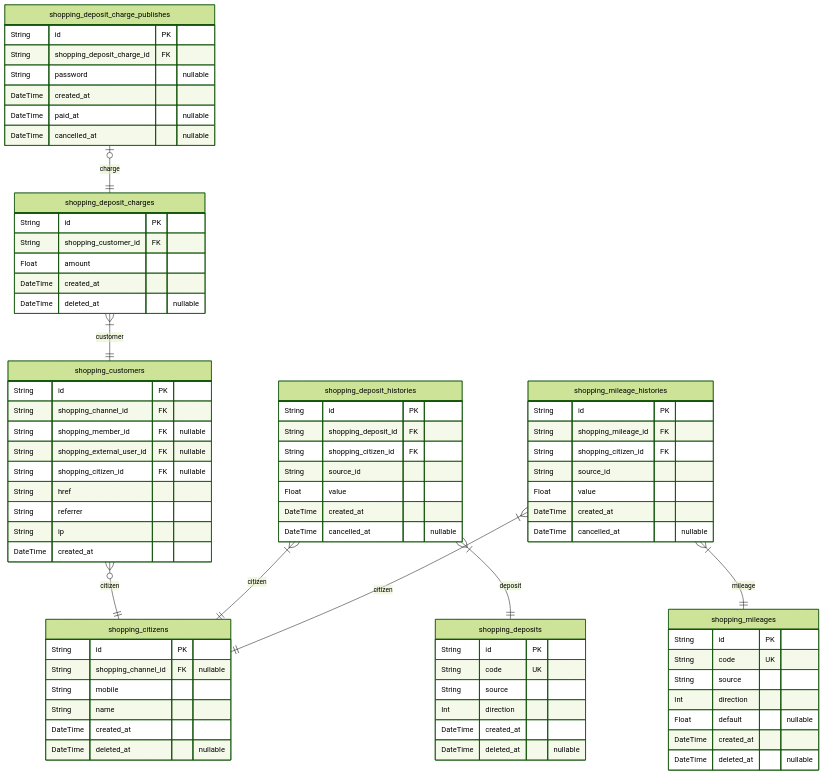
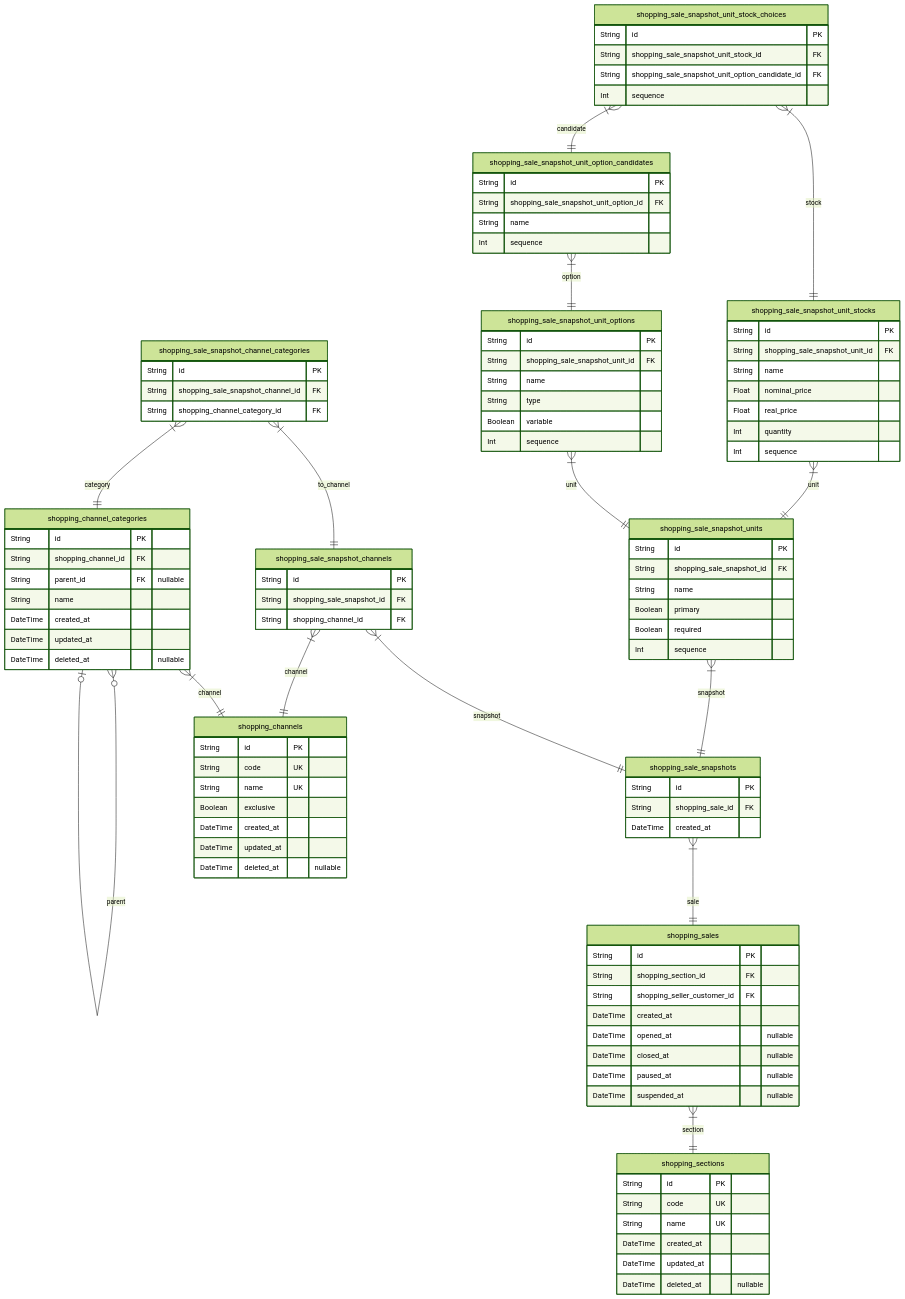
The fourth of 9 diagrams in ERD.md (samchon/prisma-markdown), drawn with Mermaid (forest theme) before and after one commit. The commit also changed 2 other files, not shown here.

Commit message:
New chapter sorting logic.
To sort exact chapter sequence, I've changed its construction logic. By chaning the construction sequence like below, I've succeeded to sort the chatpers as I've wanted, finally.

1. Top `@namespace` tag first
2. Remaining `@namespace` tags later
3. `@describe` tags are after those `@namespace` tags
4. `@erd` tags are the latest

````diff
--- a/ERD.md
+++ b/ERD.md
@@ -1407,79 +720,105 @@
 ```mermaid
 erDiagram
-"shopping_customers" {
+"shopping_sales" {
+    String id PK
+    String shopping_section_id FK
+    String shopping_seller_customer_id FK
+    DateTime created_at
+    DateTime opened_at "nullable"
+    DateTime closed_at "nullable"
+    DateTime paused_at "nullable"
+    DateTime suspended_at "nullable"
+}
+"shopping_sale_snapshots" {
+    String id PK
+    String shopping_sale_id FK
+    DateTime created_at
+}
+"shopping_sale_snapshot_channels" {
+    String id PK
+    String shopping_sale_snapshot_id FK
+    String shopping_channel_id FK
+}
+"shopping_sale_snapshot_channel_categories" {
+    String id PK
+    String shopping_sale_snapshot_channel_id FK
+    String shopping_channel_category_id FK
+}
+"shopping_sale_snapshot_units" {
+    String id PK
+    String shopping_sale_snapshot_id FK
+    String name
+    Boolean primary
+    Boolean required
+    Int sequence
+}
+"shopping_sale_snapshot_unit_options" {
+    String id PK
+    String shopping_sale_snapshot_unit_id FK
+    String name
+    String type
+    Boolean variable
+    Int sequence
+}
+"shopping_sale_snapshot_unit_option_candidates" {
+    String id PK
+    String shopping_sale_snapshot_unit_option_id FK
+    String name
+    Int sequence
+}
+"shopping_sale_snapshot_unit_stocks" {
+    String id PK
+    String shopping_sale_snapshot_unit_id FK
+    String name
+    Float nominal_price
+    Float real_price
+    Int quantity
+    Int sequence
+}
+"shopping_sale_snapshot_unit_stock_choices" {
+    String id PK
+    String shopping_sale_snapshot_unit_stock_id FK
+    String shopping_sale_snapshot_unit_option_candidate_id FK
+    Int sequence
+}
+"shopping_channels" {
+    String id PK
+    String code UK
+    String name UK
+    Boolean exclusive
+    DateTime created_at
+    DateTime updated_at
+    DateTime deleted_at "nullable"
+}
+"shopping_channel_categories" {
     String id PK
     String shopping_channel_id FK
-    String shopping_member_id FK "nullable"
-    String shopping_external_user_id FK "nullable"
-    String shopping_citizen_id FK "nullable"
-    String href
-    String referrer
-    String ip
-    DateTime created_at
-}
-"shopping_citizens" {
-    String id PK
-    String shopping_channel_id FK "nullable"
-    String mobile
+    String parent_id FK "nullable"
     String name
     DateTime created_at
+    DateTime updated_at
     DateTime deleted_at "nullable"
 }
-"shopping_deposits" {
+"shopping_sections" {
     String id PK
     String code UK
-    String source
-    Int direction
+    String name UK
     DateTime created_at
+    DateTime updated_at
     DateTime deleted_at "nullable"
 }
-"shopping_deposit_histories" {
-    String id PK
-    String shopping_deposit_id FK
-    String shopping_citizen_id FK
-    String source_id
-    Float value
-    DateTime created_at
-    DateTime cancelled_at "nullable"
-}
-"shopping_deposit_charges" {
-    String id PK
-    String shopping_customer_id FK
-    Float amount
-    DateTime created_at
-    DateTime deleted_at "nullable"
-}
-"shopping_deposit_charge_publishes" {
-    String id PK
-    String shopping_deposit_charge_id FK
-    String password "nullable"
-    DateTime created_at
-    DateTime paid_at "nullable"
-    DateTime cancelled_at "nullable"
-}
-"shopping_mileages" {
-    String id PK
-    String code UK
-    String source
-    Int direction
-    Float default "nullable"
-    DateTime created_at
-    DateTime deleted_at "nullable"
-}
-"shopping_mileage_histories" {
-    String id PK
-    String shopping_mileage_id FK
-    String shopping_citizen_id FK
-    String source_id
-    Float value
-    DateTime created_at
-    DateTime cancelled_at "nullable"
-}
-"shopping_customers" }o--|| "shopping_citizens" : citizen
-"shopping_deposit_histories" }|--|| "shopping_deposits" : deposit
-"shopping_deposit_histories" }|--|| "shopping_citizens" : citizen
-"shopping_deposit_charges" }|--|| "shopping_customers" : customer
-"shopping_deposit_charge_publishes" |o--|| "shopping_deposit_charges" : charge
-"shopping_mileage_histories" }|--|| "shopping_mileages" : mileage
-"shopping_mileage_histories" }|--|| "shopping_citizens" : citizen
+"shopping_sales" }|--|| "shopping_sections" : section
+"shopping_sale_snapshots" }|--|| "shopping_sales" : sale
+"shopping_sale_snapshot_channels" }|--|| "shopping_sale_snapshots" : snapshot
+"shopping_sale_snapshot_channels" }|--|| "shopping_channels" : channel
+"shopping_sale_snapshot_channel_categories" }|--|| "shopping_sale_snapshot_channels" : to_channel
+"shopping_sale_snapshot_channel_categories" }|--|| "shopping_channel_categories" : category
+"shopping_sale_snapshot_units" }|--|| "shopping_sale_snapshots" : snapshot
+"shopping_sale_snapshot_unit_options" }|--|| "shopping_sale_snapshot_units" : unit
+"shopping_sale_snapshot_unit_option_candidates" }|--|| "shopping_sale_snapshot_unit_options" : option
+"shopping_sale_snapshot_unit_stocks" }|--|| "shopping_sale_snapshot_units" : unit
+"shopping_sale_snapshot_unit_stock_choices" }|--|| "shopping_sale_snapshot_unit_stocks" : stock
+"shopping_sale_snapshot_unit_stock_choices" }|--|| "shopping_sale_snapshot_unit_option_candidates" : candidate
+"shopping_channel_categories" }|--|| "shopping_channels" : channel
+"shopping_channel_categories" }o--o| "shopping_channel_categories" : parent
 ```
````
